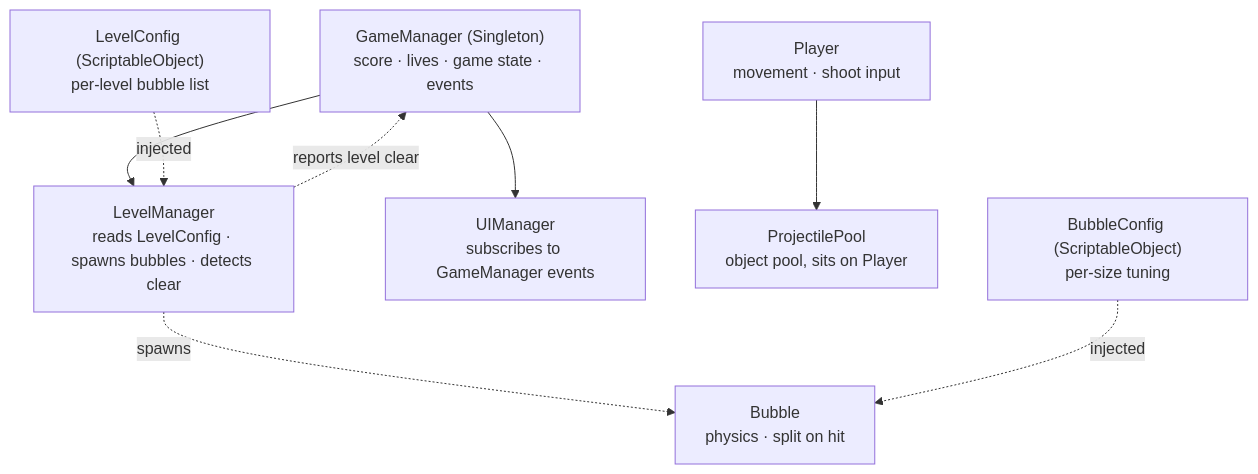
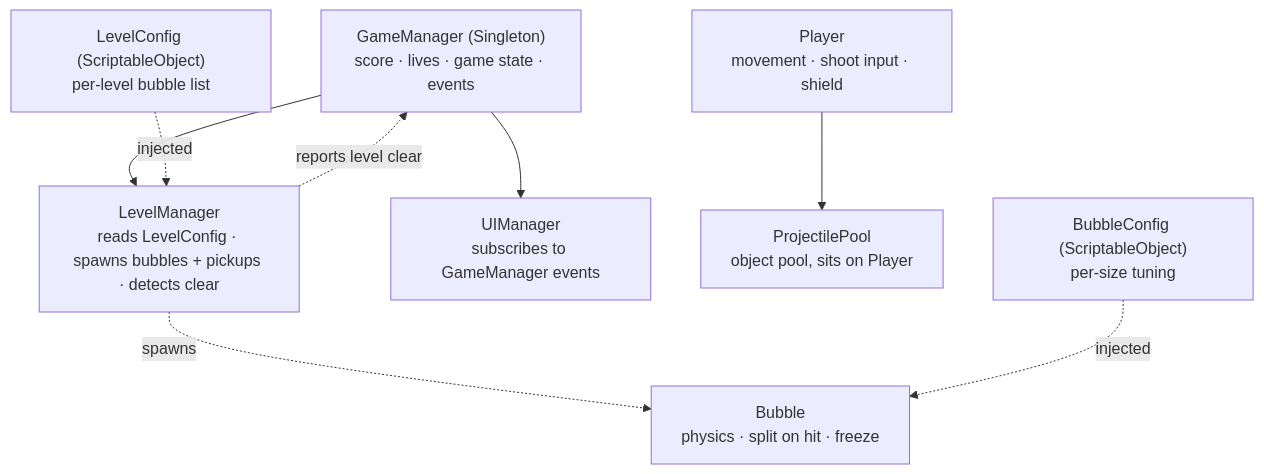
The second of 2 diagrams in Docs/GDD.md (ronifranck22-cmd/BubbleTrouble), drawn with Mermaid before and after one commit. The commit also changed other lines of this file and 4 other files, not shown here.

````diff
--- a/Docs/GDD.md
+++ b/Docs/GDD.md
@@ -139,18 +155,18 @@
 ```mermaid
 graph TD
     GM["GameManager (Singleton)<br/>score · lives · game state · events"]
-    LM["LevelManager<br/>reads LevelConfig · spawns bubbles · detects clear"]
+    LM["LevelManager<br/>reads LevelConfig · spawns bubbles + pickups · detects clear"]
     UI["UIManager<br/>subscribes to GameManager events"]
     PP["ProjectilePool<br/>object pool, sits on Player"]
-    PL["Player<br/>movement · shoot input"]
-    BB["Bubble<br/>physics · split on hit"]
+    PL["Player<br/>movement · shoot input · shield"]
+    BB["Bubble<br/>physics · split on hit · freeze"]
     BC["BubbleConfig (ScriptableObject)<br/>per-size tuning"]
     LC["LevelConfig (ScriptableObject)<br/>per-level bubble list"]
     GM --> LM
     GM --> UI
     PL --> PP
     LM -.spawns.-> BB
     BC -.injected.-> BB
     LC -.injected.-> LM
     LM -.reports level clear.-> GM
 ```
````
